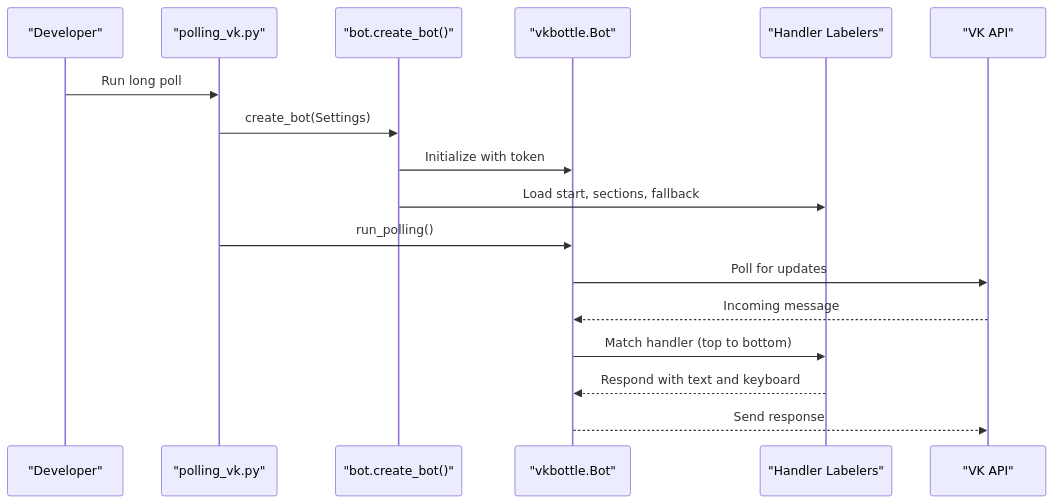
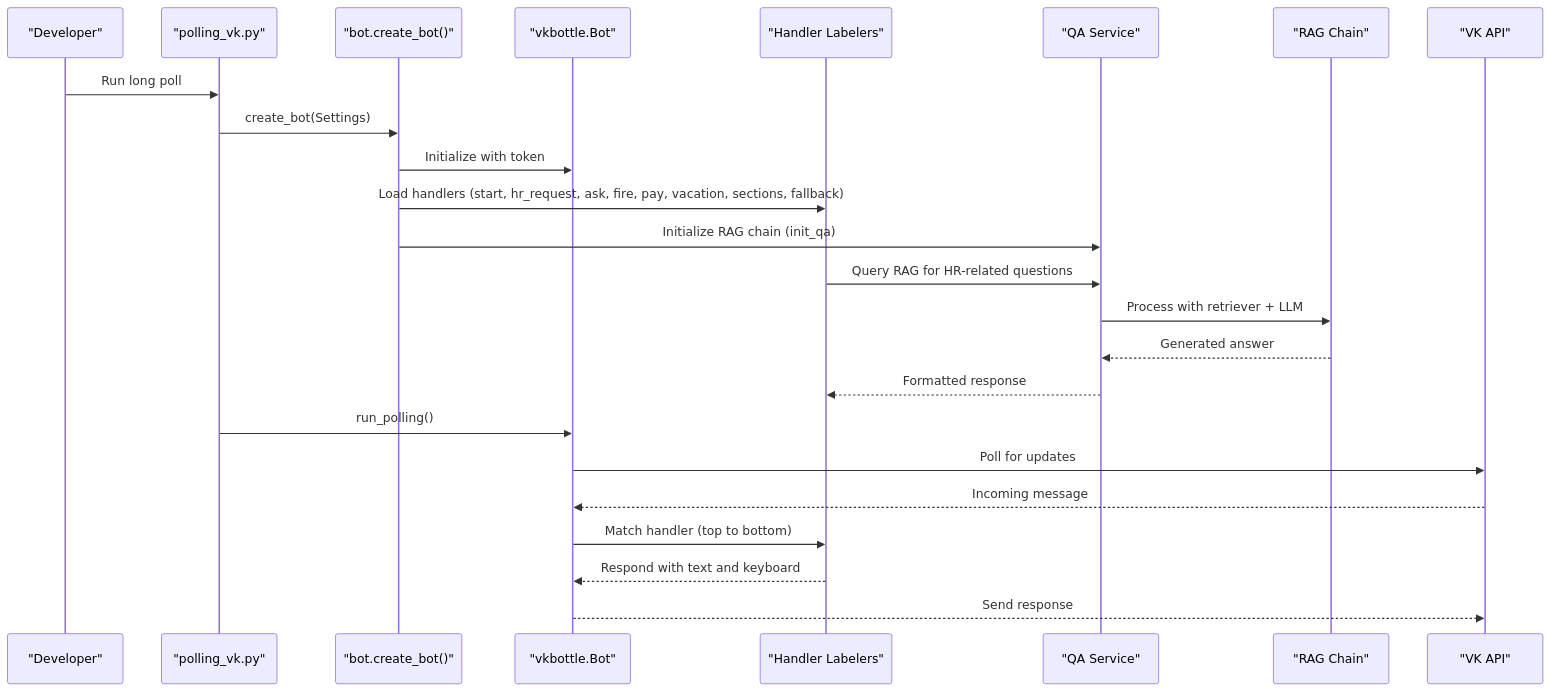
One commit to ognelis/cafetera_hr_bot changed the second of 10 diagrams in .qoder/repowiki/en/content/VK Integration/VK Integration.md. Above: the diagram before and after it, drawn with Mermaid. The commit also changed other lines of this file and 8 other files, not shown here.

````diff
--- a/.qoder/repowiki/en/content/VK Integration/VK Integration.md
+++ b/.qoder/repowiki/en/content/VK Integration/VK Integration.md
@@ -115,19 +167,26 @@
 ```mermaid
 sequenceDiagram
 participant Dev as "Developer"
 participant Script as "polling_vk.py"
 participant Factory as "bot.create_bot()"
 participant Bot as "vkbottle.Bot"
 participant Labelers as "Handler Labelers"
+participant QA as "QA Service"
+participant RAG as "RAG Chain"
 participant VK as "VK API"
 Dev->>Script : Run long poll
 Script->>Factory : create_bot(Settings)
 Factory->>Bot : Initialize with token
-Factory->>Labelers : Load start, sections, fallback
+Factory->>Labelers : Load handlers (start, hr_request, ask, fire, pay, vacation, sections, fallback)
+Factory->>QA : Initialize RAG chain (init_qa)
+Labelers->>QA : Query RAG for HR-related questions
+QA->>RAG : Process with retriever + LLM
+RAG-->>QA : Generated answer
+QA-->>Labelers : Formatted response
 Script->>Bot : run_polling()
 Bot->>VK : Poll for updates
 VK-->>Bot : Incoming message
 Bot->>Labelers : Match handler (top to bottom)
 Labelers-->>Bot : Respond with text and keyboard
 Bot-->>VK : Send response
 ```
````
